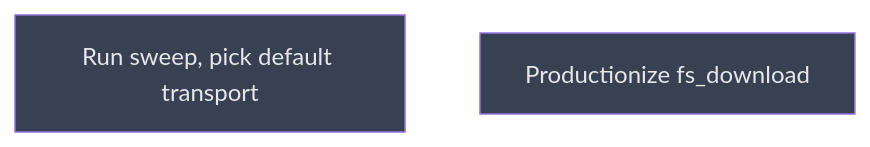
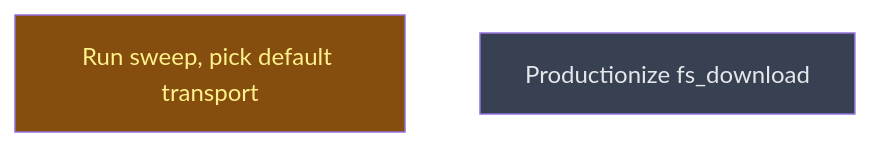
One commit to RIKEN-RCCS/Rikyu-Agent changed the diagram in __roadmap__/fs-download-rework/transports/benchmark/finalize/README.md. Above: the diagram before and after it, drawn with Mermaid. The commit also changed other lines of this file and 3 other files, not shown here.

Commit message:
docs(roadmap): author experiments + productionize leaf specs

````diff
--- a/__roadmap__/fs-download-rework/transports/benchmark/finalize/README.md
+++ b/__roadmap__/fs-download-rework/transports/benchmark/finalize/README.md
@@ -16,10 +16,10 @@
 ```mermaid
 graph TD
-    experiments[Run sweep, pick default transport]:::planned
+    experiments[Run sweep, pick default transport]:::inprogress
     productionize[Productionize fs_download]:::planned
     classDef done       fill:#166534,color:#bbf7d0
     classDef inprogress fill:#854d0e,color:#fef08a
     classDef planned    fill:#374151,color:#e5e7eb
     classDef amendment  fill:#1e3a5f,color:#bfdbfe
     classDef blocked    fill:#7f1d1d,color:#fecaca
 ```
````
